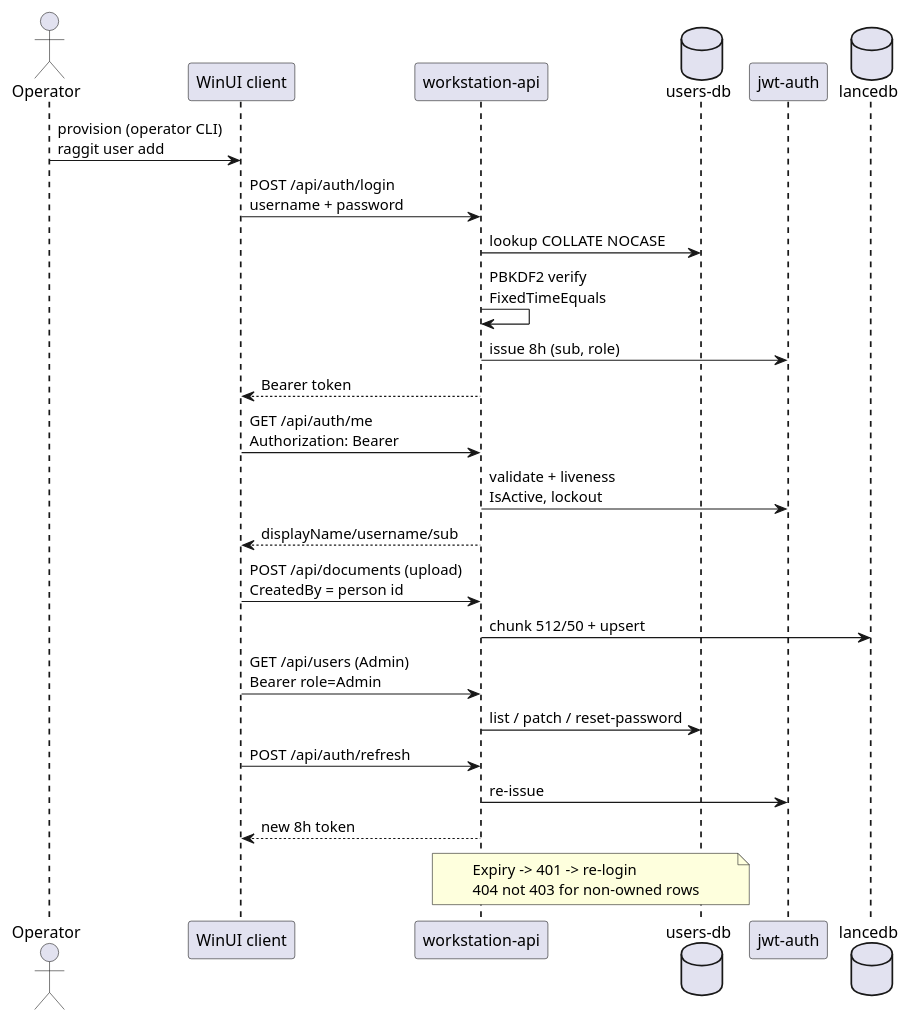
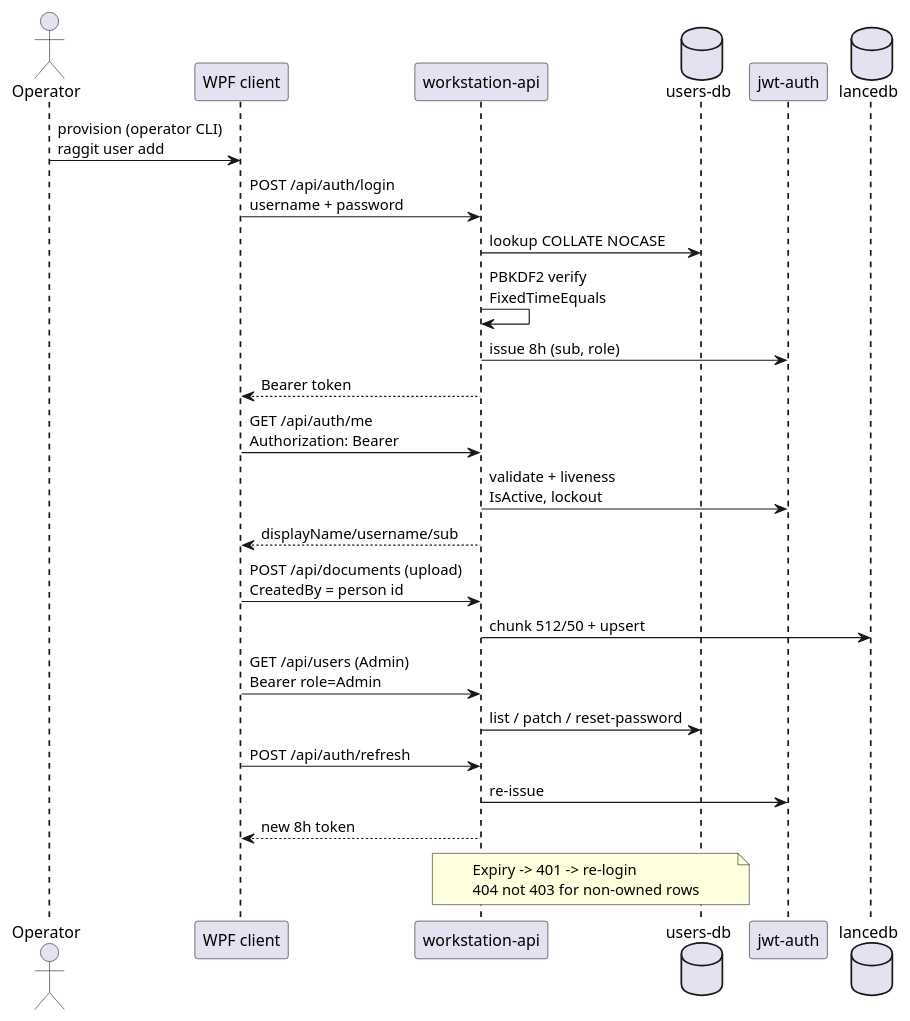
One commit to daskas-welt/raggit changed the diagram in specs/004-identity/docs/sequence.puml. Above: the diagram before and after it, drawn with PlantUML. The commit also changed 8 other files, not shown here.

First line of the commit message:
docs: add MIT license; refresh README and diagrams for public repo

```diff
--- a/specs/004-identity/docs/sequence.puml
+++ b/specs/004-identity/docs/sequence.puml
@@ -1,39 +1,39 @@
 @startuml 004 Identity Sequence
 ' Request lifecycle: login / me / documents / users / refresh
 ' NOTE: no !theme directive for renderer compatibility
 ' rendering when a theme is requested (themes.js unavailable headless).
 ' NOTE: <style> lifeLine block required - the JS engine emits lifelines
 ' with no stroke otherwise (invisible lines).
 <style>
 sequenceDiagram {
   lifeLine {
     LineColor #181818
     LineThickness 1.5
   }
 }
 </style>
 actor Operator as op
-participant "WinUI client" as client
+participant "WPF client" as client
 participant "workstation-api" as api
 database "users-db" as users
 participant "jwt-auth" as jwt
 database "lancedb" as lance
 
 op -> client : provision (operator CLI)\nraggit user add
 client -> api : POST /api/auth/login\nusername + password
 api -> users : lookup COLLATE NOCASE
 api -> api : PBKDF2 verify\nFixedTimeEquals
 api -> jwt : issue 8h (sub, role)
 api --> client : Bearer token
 client -> api : GET /api/auth/me\nAuthorization: Bearer
 api -> jwt : validate + liveness\nIsActive, lockout
 api --> client : displayName/username/sub
 client -> api : POST /api/documents (upload)\nCreatedBy = person id
 api -> lance : chunk 512/50 + upsert
 client -> api : GET /api/users (Admin)\nBearer role=Admin
 api -> users : list / patch / reset-password
 client -> api : POST /api/auth/refresh
 api -> jwt : re-issue
 api --> client : new 8h token
 note over api, users : Expiry -> 401 -> re-login\n404 not 403 for non-owned rows
 @enduml
```
